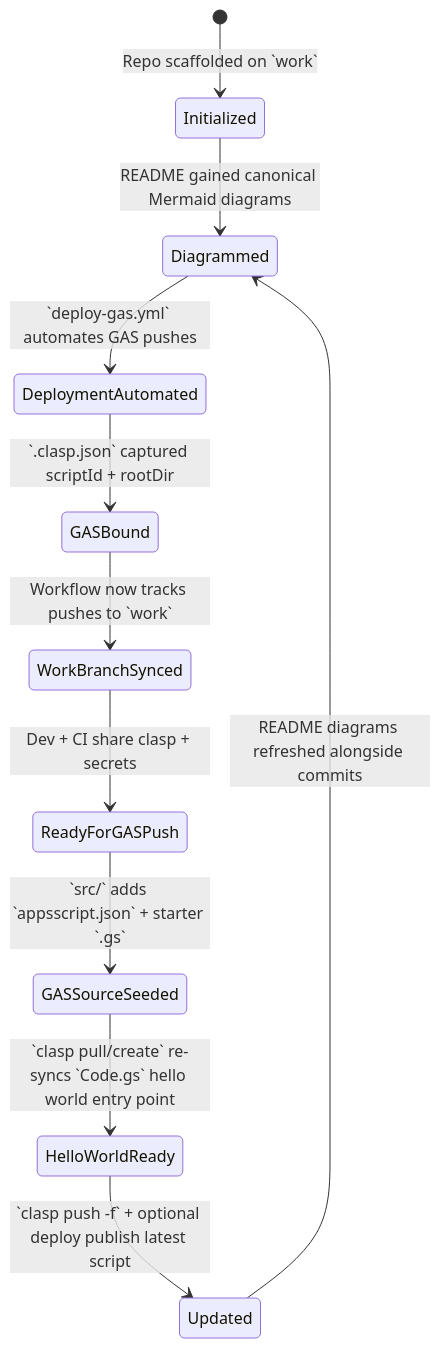
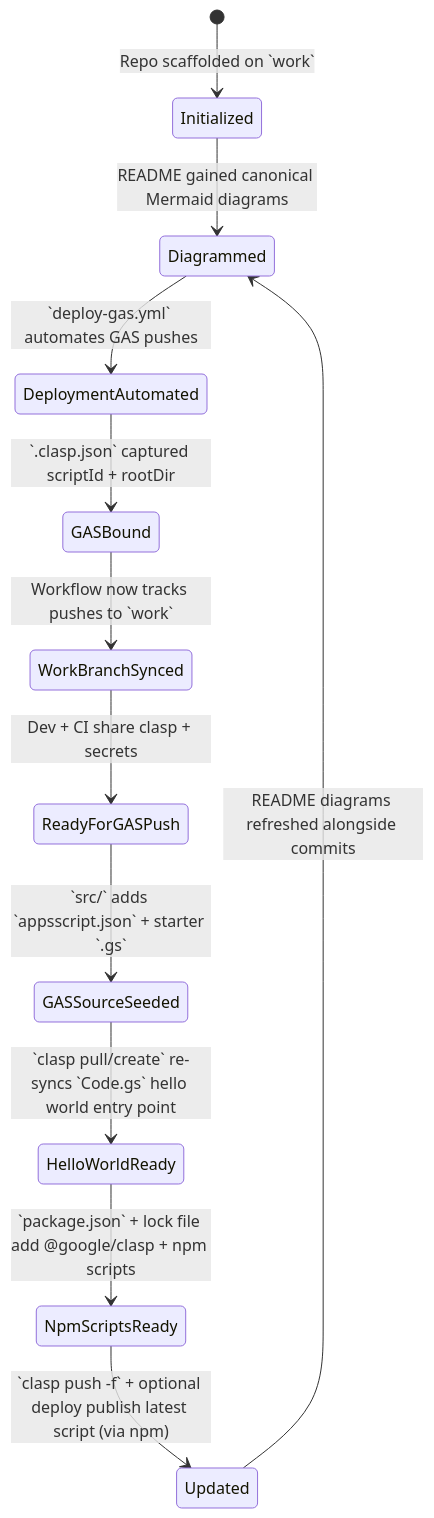
The second of 5 diagrams in README.md (muyueh/test-clasp), drawn with Mermaid before and after one commit. The commit also changed other lines of this file and 3 other files, not shown here.

Commit message:
feat: add npm-based clasp helper

````diff
--- a/README.md
+++ b/README.md
@@ -32,13 +41,14 @@
 ```mermaid
 stateDiagram-v2
     [*] --> Initialized: Repo scaffolded on `work`
     Initialized --> Diagrammed: README gained canonical Mermaid diagrams
     Diagrammed --> DeploymentAutomated: `deploy-gas.yml` automates GAS pushes
     DeploymentAutomated --> GASBound: `.clasp.json` captured scriptId + rootDir
     GASBound --> WorkBranchSynced: Workflow now tracks pushes to `work`
     WorkBranchSynced --> ReadyForGASPush: Dev + CI share clasp + secrets
     ReadyForGASPush --> GASSourceSeeded: `src/` adds `appsscript.json` + starter `.gs`
     GASSourceSeeded --> HelloWorldReady: `clasp pull/create` re-syncs `Code.gs` hello world entry point
-    HelloWorldReady --> Updated: `clasp push -f` + optional deploy publish latest script
+    HelloWorldReady --> NpmScriptsReady: `package.json` + lock file add @google/clasp + npm scripts
+    NpmScriptsReady --> Updated: `clasp push -f` + optional deploy publish latest script (via npm)
     Updated --> Diagrammed: README diagrams refreshed alongside commits
 ```
````
